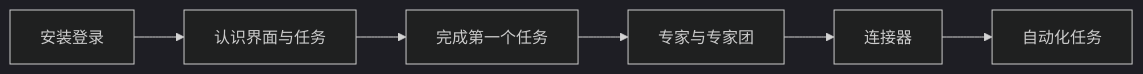
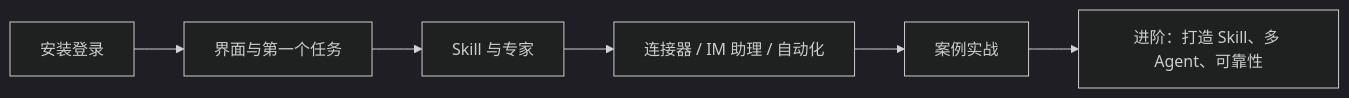
One commit to the-beating-light-of-the-nail/ai-tools-guide-site changed the diagram in docs/workbuddy/index.md. Above: the diagram before and after it, drawn with Mermaid (dark theme). The commit also changed other lines of this file and 135 other files, not shown here.

````diff
--- a/docs/workbuddy/index.md
+++ b/docs/workbuddy/index.md
@@ -9,8 +9,8 @@
 ```mermaid
 flowchart LR
-    A[安装登录] --> B[认识界面与任务]
-    B --> C[完成第一个任务]
-    C --> D[专家与专家团]
-    D --> E[连接器]
-    E --> F[自动化任务]
+    A[安装登录] --> B[界面与第一个任务]
+    B --> C[Skill 与专家]
+    C --> D[连接器 / IM 助理 / 自动化]
+    D --> E[案例实战]
+    E --> F[进阶：打造 Skill、多 Agent、可靠性]
 ```
````
